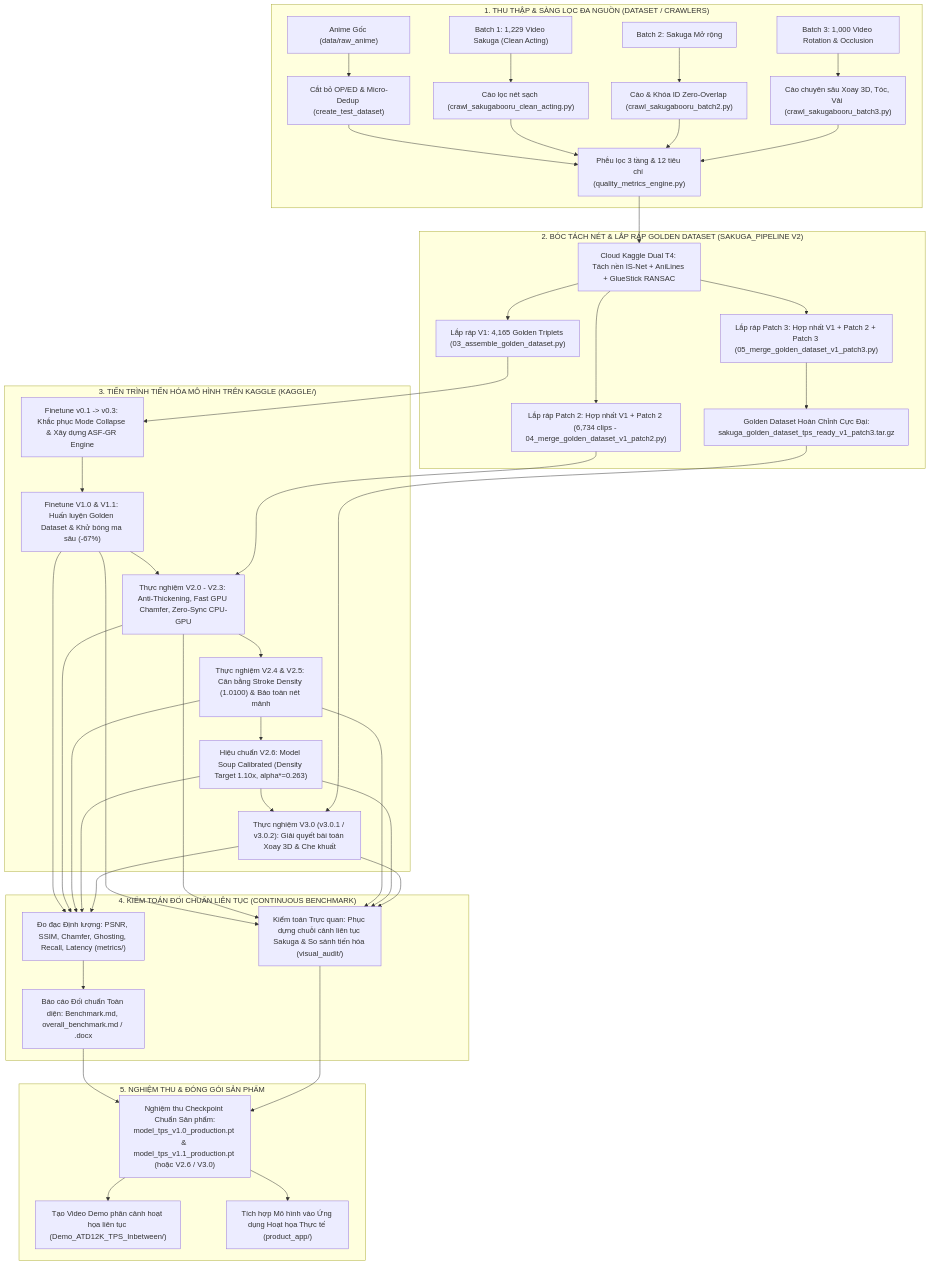
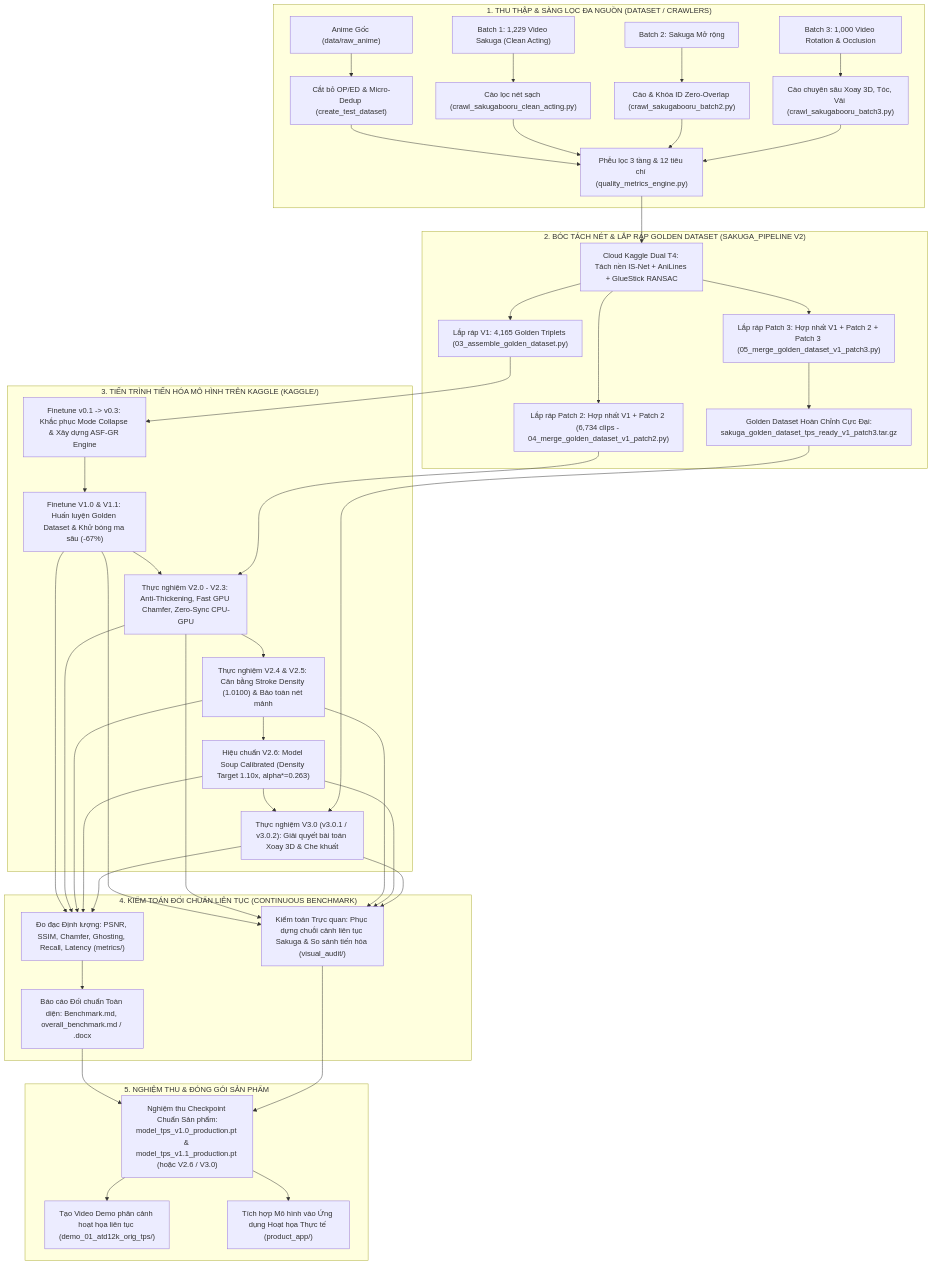
Before and after one commit to UmaMusumeEnjoyer/tps-inbetween-custom: the diagram in PROJECT_STRUCTURE.md, drawn with Mermaid. The commit also changed other lines of this file and 99 other files, not shown here.

````diff
--- a/PROJECT_STRUCTURE.md
+++ b/PROJECT_STRUCTURE.md
@@ -495,39 +495,39 @@
 ```mermaid
 flowchart TD
     subgraph S1["1. THU THẬP & SÀNG LỌC ĐA NGUỒN (DATASET / CRAWLERS)"]
         A1["Anime Gốc (data/raw_anime)"] --> B1["Cắt bỏ OP/ED & Micro-Dedup (create_test_dataset)"]
         A2["Batch 1: 1,229 Video Sakuga (Clean Acting)"] --> B2["Cào lọc nét sạch (crawl_sakugabooru_clean_acting.py)"]
         A3["Batch 2: Sakuga Mở rộng"] --> B3["Cào & Khóa ID Zero-Overlap (crawl_sakugabooru_batch2.py)"]
         A4["Batch 3: 1,000 Video Rotation & Occlusion"] --> B4["Cào chuyên sâu Xoay 3D, Tóc, Vải (crawl_sakugabooru_batch3.py)"]
         B1 & B2 & B3 & B4 --> C1["Phễu lọc 3 tầng & 12 tiêu chí (quality_metrics_engine.py)"]
     end
 
     subgraph S2["2. BÓC TÁCH NÉT & LẮP RÁP GOLDEN DATASET (SAKUGA_PIPELINE V2)"]
         C1 --> D1["Cloud Kaggle Dual T4: Tách nền IS-Net + AniLines + GlueStick RANSAC"]
         D1 --> E1["Lắp ráp V1: 4,165 Golden Triplets (03_assemble_golden_dataset.py)"]
         D1 --> E2["Lắp ráp Patch 2: Hợp nhất V1 + Patch 2 (6,734 clips - 04_merge_golden_dataset_v1_patch2.py)"]
         D1 --> E3["Lắp ráp Patch 3: Hợp nhất V1 + Patch 2 + Patch 3 (05_merge_golden_dataset_v1_patch3.py)"]
         E3 --> GDATA["Golden Dataset Hoàn Chỉnh Cực Đại:<br/>sakuga_golden_dataset_tps_ready_v1_patch3.tar.gz"]
     end
 
     subgraph S3["3. TIẾN TRÌNH TIẾN HÓA MÔ HÌNH TRÊN KAGGLE (KAGGLE/)"]
         E1 --> M0["Finetune v0.1 -> v0.3: Khắc phục Mode Collapse & Xây dựng ASF-GR Engine"]
         M0 --> M1["Finetune V1.0 & V1.1: Huấn luyện Golden Dataset & Khử bóng ma sâu (-67%)"]
         M1 & E2 --> M2["Thực nghiệm V2.0 - V2.3: Anti-Thickening, Fast GPU Chamfer, Zero-Sync CPU-GPU"]
         M2 --> M3["Thực nghiệm V2.4 & V2.5: Cân bằng Stroke Density (1.0100) & Bảo toàn nét mảnh"]
         M3 --> M4["Hiệu chuẩn V2.6: Model Soup Calibrated (Density Target 1.10x, alpha*=0.263)"]
         M4 & GDATA --> M5["Thực nghiệm V3.0 (v3.0.1 / v3.0.2): Giải quyết bài toán Xoay 3D & Che khuất"]
     end
 
     subgraph S4["4. KIỂM TOÁN ĐỐI CHUẨN LIÊN TỤC (CONTINUOUS BENCHMARK)"]
         M1 & M2 & M3 & M4 & M5 --> EV1["Đo đạc Định lượng: PSNR, SSIM, Chamfer, Ghosting, Recall, Latency (metrics/)"]
         M1 & M2 & M3 & M4 & M5 --> EV2["Kiểm toán Trực quan: Phục dựng chuỗi cảnh liên tục Sakuga & So sánh tiến hóa (visual_audit/)"]
         EV1 --> REP["Báo cáo Đối chuẩn Toàn diện: Benchmark.md, overall_benchmark.md / .docx"]
     end
 
     subgraph S5["5. NGHIỆM THU & ĐÓNG GÓI SẢN PHẨM"]
         REP & EV2 --> ACC["Nghiệm thu Checkpoint Chuẩn Sản phẩm:<br/>model_tps_v1.0_production.pt & model_tps_v1.1_production.pt (hoặc V2.6 / V3.0)"]
-        ACC --> DEMO["Tạo Video Demo phân cảnh hoạt họa liên tục (Demo_ATD12K_TPS_Inbetween/)"]
+        ACC --> DEMO["Tạo Video Demo phân cảnh hoạt họa liên tục (demo_01_atd12k_orig_tps/)"]
         ACC --> PROD["Tích hợp Mô hình vào Ứng dụng Hoạt họa Thực tế (product_app/)"]
     end
 ```
````
